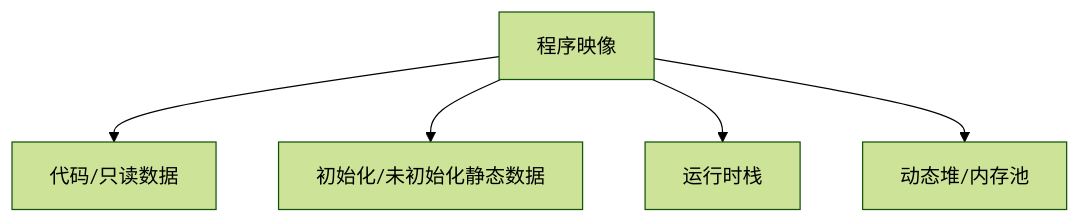
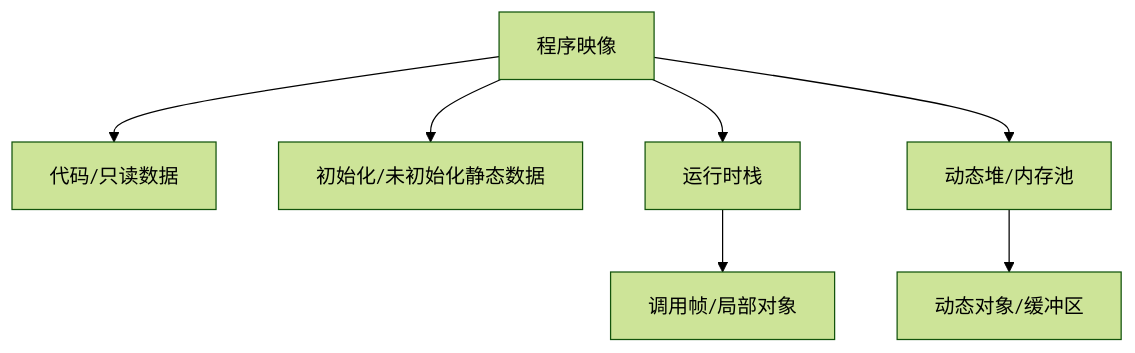
The diagram in pages/Memory Management.md (ilikui/Notes), drawn with Mermaid (forest theme) before and after one commit. The commit also changed other lines of this file and 4 other files, not shown here.

````diff
--- a/pages/Memory Management.md
+++ b/pages/Memory Management.md
@@ -12,7 +12,9 @@
 ```mermaid
 flowchart TB
     A[程序映像] --> B[代码/只读数据]
     A --> C[初始化/未初始化静态数据]
     A --> D[运行时栈]
     A --> E[动态堆/内存池]
+    D --> F[调用帧/局部对象]
+    E --> G[动态对象/缓冲区]
 ```
````
